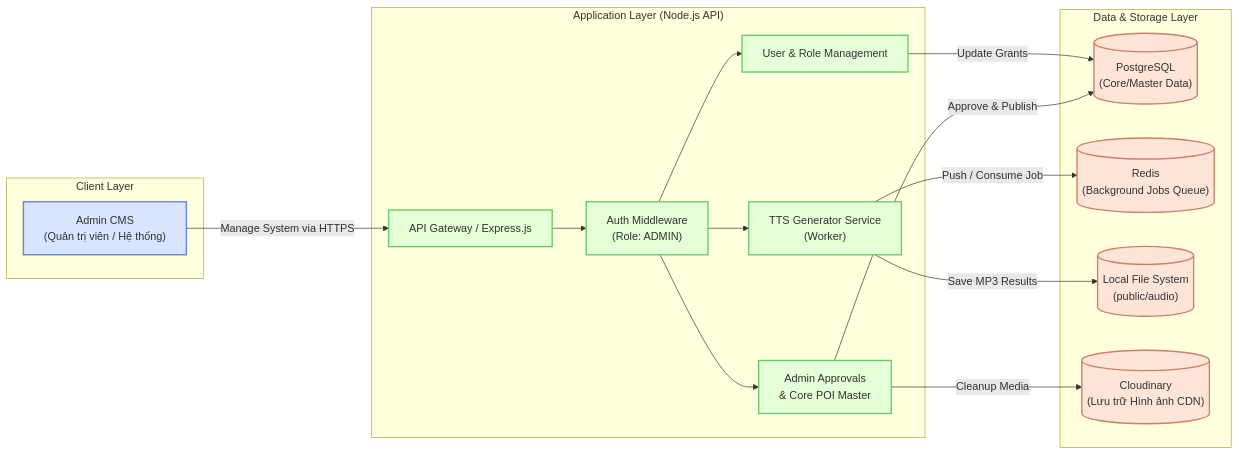
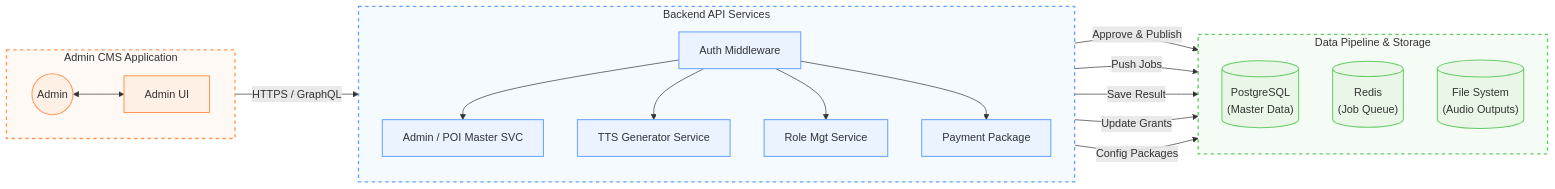
The third of 3 diagrams in docs/diagram-system-architecture-flow.md (ngsouthbrother04/PhoAmThuc), drawn with Mermaid before and after one commit. The commit also changed other lines of this file and 3 other files, not shown here.

Commit message:
adjust diagrams

````diff
--- a/docs/diagram-system-architecture-flow.md
+++ b/docs/diagram-system-architecture-flow.md
@@ -86,42 +107,49 @@
 ```mermaid
 flowchart LR
-    subgraph "Client Layer"
-        A["Admin CMS <br>(Quản trị viên / Hệ thống)"]
+    subgraph Client ["Admin CMS Application"]
+        direction LR
+        A(("Admin")) <--> W["Admin UI"]
     end
 
-    subgraph "Application Layer (Node.js API)"
-        API["API Gateway / Express.js"]
+    subgraph Backend ["Backend API Services"]
+        direction TB
+        AuthSVC["Auth Middleware"]
+        AdminSVC["Admin / POI Master SVC"]
+        TTSSVC["TTS Generator Service"]
+        UserSVC["Role Mgt Service"]
+        PaymentAdminSVC["Payment Package"]
         
-        AuthSVC["Auth Middleware <br>(Role: ADMIN)"]
-        AdminSVC["Admin Approvals <br>& Core POI Master"]
-        TTSSVC["TTS Generator Service <br>(Worker)"]
-        UserSVC["User & Role Management"]
-        
-        API --> AuthSVC
         AuthSVC --> AdminSVC
         AuthSVC --> TTSSVC
         AuthSVC --> UserSVC
+        AuthSVC --> PaymentAdminSVC
     end
 
-    subgraph "Data & Storage Layer"
-        DB[("PostgreSQL <br>(Core/Master Data)")]
-        Redis[("Redis <br>(Background Jobs Queue)")]
-        FS[("Local File System <br>(public/audio)")]
-        Cloudinary[("Cloudinary <br>(Lưu trữ Hình ảnh CDN)")]
+    subgraph DB ["Data Pipeline & Storage"]
+        direction TB
+        PG[("PostgreSQL<br>(Master Data)")]
+        Redis[("Redis<br>(Job Queue)")]
+        FS[("File System<br>(Audio Outputs)")]
     end
 
-    A -- "Manage System via HTTPS" --> API
+    W -- "HTTPS / GraphQL" --> AuthSVC
+
+    AdminSVC -- "Approve & Publish" --> PG
+    TTSSVC -- "Push Jobs" --> Redis
+    TTSSVC -- "Save Result" --> FS
+    UserSVC -- "Update Grants" --> PG
+    PaymentAdminSVC -- "Config Packages" --> PG
+
+    %% Styling
+    classDef client fill:#FFF0E6,stroke:#FF9955,stroke-width:1.5px,color:#333;
+    classDef backend fill:#EAF3FF,stroke:#66A3FF,stroke-width:1.5px,color:#333;
+    classDef database fill:#EAF7E8,stroke:#66CC66,stroke-width:1.5px,color:#333;
+
+    class A,W client;
+    class AuthSVC,AdminSVC,TTSSVC,UserSVC,PaymentAdminSVC backend;
+    class PG,Redis,FS database;
     
-    AdminSVC -- "Approve & Publish" --> DB
-    AdminSVC -- "Cleanup Media" --> Cloudinary
-    TTSSVC -- "Push / Consume Job" --> Redis
-    TTSSVC -- "Save MP3 Results" --> FS
-    UserSVC -- "Update Grants" --> DB
-    
-    classDef client fill:#d8e5ff,stroke:#6685cc,stroke-width:2px
-    classDef app fill:#e5ffd8,stroke:#66cc66,stroke-width:2px
-    classDef db fill:#ffe5d8,stroke:#cc8066,stroke-width:2px
-    class A client
-    class API,AuthSVC,AdminSVC,TTSSVC,UserSVC app
-    class DB,Redis,FS,Cloudinary db
+    style Client fill:#FFF9F5,stroke:#FF9955,stroke-width:2px,color:#333,stroke-dasharray: 5 5
+    style Backend fill:#F5FAFF,stroke:#66A3FF,stroke-width:2px,color:#333,stroke-dasharray: 5 5
+    style DB fill:#F5FCF5,stroke:#66CC66,stroke-width:2px,color:#333,stroke-dasharray: 5 5
 ```
````
